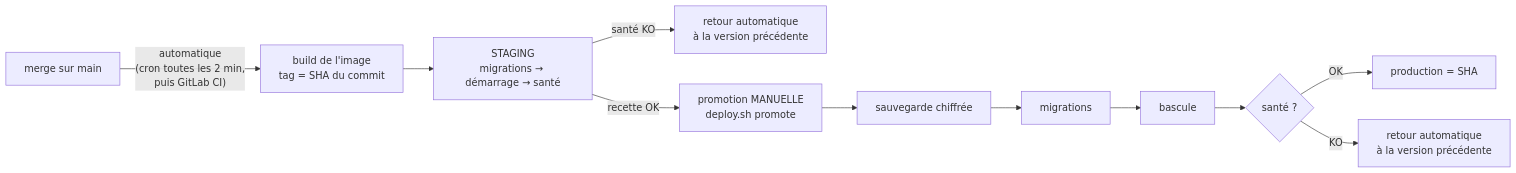
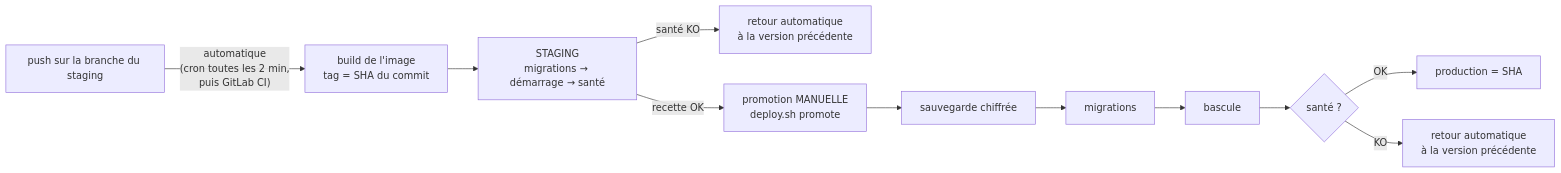
Before and after one commit to wilfreidlando/vcam-infra-deploy: the diagram in docs/reference/organisation-et-livraison.md, drawn with Mermaid. The commit also changed 6 other files, not shown here.

````diff
--- a/docs/reference/organisation-et-livraison.md
+++ b/docs/reference/organisation-et-livraison.md
@@ -34,10 +34,10 @@
 ```mermaid
 graph LR
-    Dev["merge sur main"] -->|"automatique<br/>(cron toutes les 2 min,<br/>puis GitLab CI)"| Build["build de l'image<br/>tag = SHA du commit"]
+    Dev["push sur la branche du staging"] -->|"automatique<br/>(cron toutes les 2 min,<br/>puis GitLab CI)"| Build["build de l'image<br/>tag = SHA du commit"]
     Build --> Stg["STAGING<br/>migrations → démarrage → santé"]
     Stg -->|"santé KO"| StgBack["retour automatique<br/>à la version précédente"]
     Stg -->|"recette OK"| Prom["promotion MANUELLE<br/>deploy.sh promote"]
     Prom --> Bk["sauvegarde chiffrée"] --> Mig["migrations"] --> Up["bascule"] --> H{"santé ?"}
     H -->|OK| Done["production = SHA"]
     H -->|KO| Back["retour automatique<br/>à la version précédente"]
 ```
````
